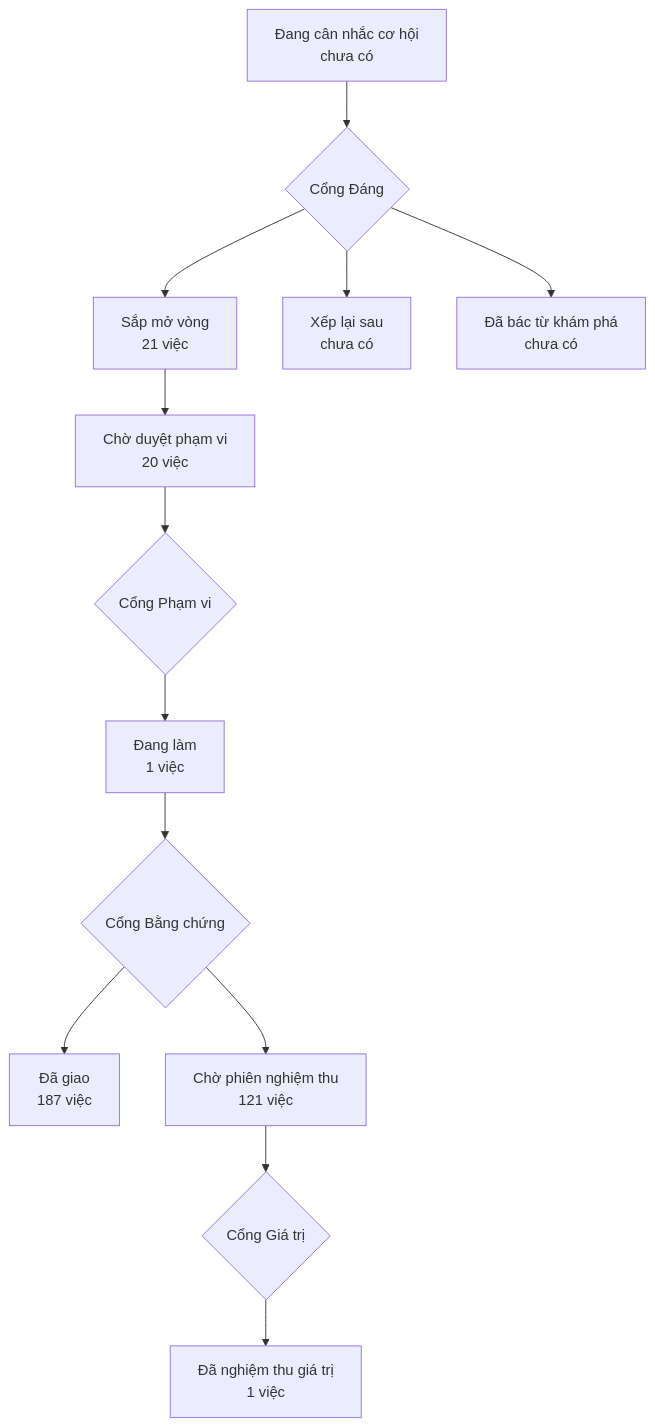
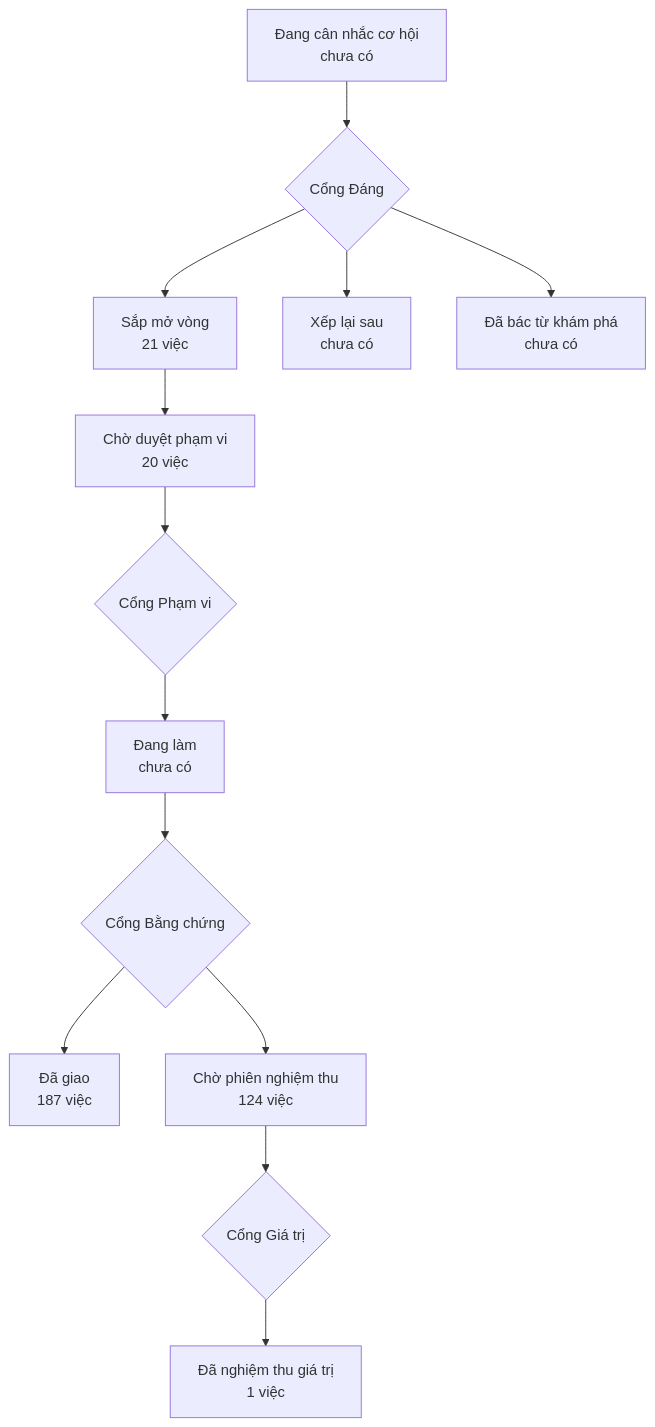
The diagram in PRODUCT-MAP.md (phanlemanh/onehub-invest), drawn with Mermaid before and after one commit. The commit also changed other lines of this file and 6 other files, not shown here.

````diff
--- a/PRODUCT-MAP.md
+++ b/PRODUCT-MAP.md
@@ -7,12 +7,12 @@
 ```mermaid
 flowchart TD
   A["Đang cân nhắc cơ hội<br/>chưa có"] --> GD{"Cổng Đáng"}
   GD --> B["Sắp mở vòng<br/>21 việc"]
   GD --> XL["Xếp lại sau<br/>chưa có"]
   GD --> DB["Đã bác từ khám phá<br/>chưa có"]
   B --> CD["Chờ duyệt phạm vi<br/>20 việc"] --> GP{"Cổng Phạm vi"}
-  GP --> DL["Đang làm<br/>1 việc"] --> GB{"Cổng Bằng chứng"}
+  GP --> DL["Đang làm<br/>chưa có"] --> GB{"Cổng Bằng chứng"}
   GB --> DG["Đã giao<br/>187 việc"]
-  GB --> CN["Chờ phiên nghiệm thu<br/>121 việc"] --> GG{"Cổng Giá trị"}
+  GB --> CN["Chờ phiên nghiệm thu<br/>124 việc"] --> GG{"Cổng Giá trị"}
   GG --> NT["Đã nghiệm thu giá trị<br/>1 việc"]
 ```
````
